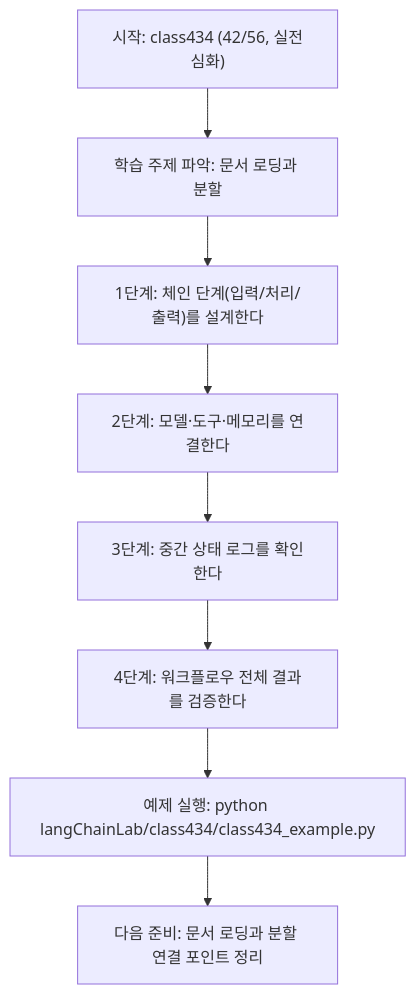
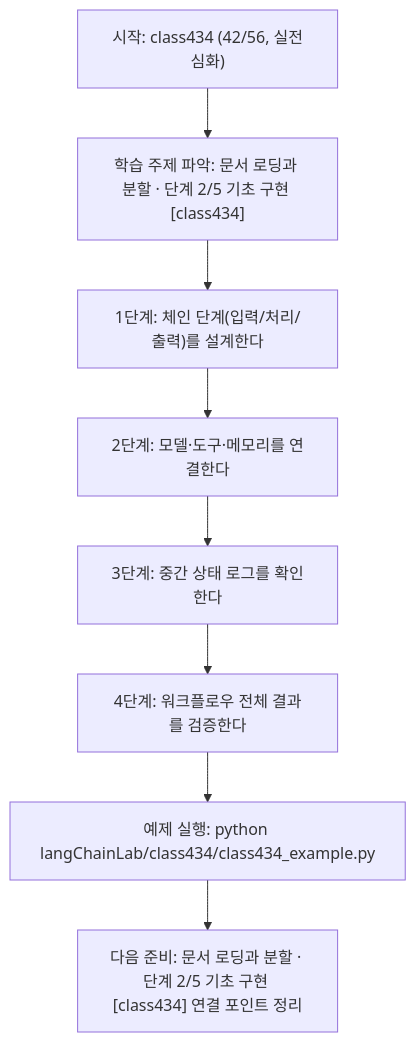
One commit to edumgt/Python-AI_Agent-Class changed the diagram in langChainLab/class434/class434.md. Above: the diagram before and after it, drawn with Mermaid. The commit also changed other lines of this file and 522 other files, not shown here.

````diff
--- a/langChainLab/class434/class434.md
+++ b/langChainLab/class434/class434.md
@@ -109,18 +110,18 @@
 ```mermaid
 flowchart TD
 N1["시작: class434 (42/56, 실전심화)"]
-N2["학습 주제 파악: 문서 로딩과 분할"]
+N2["학습 주제 파악: 문서 로딩과 분할 · 단계 2/5 기초 구현 [class434]"]
 N3["1단계: 체인 단계(입력/처리/출력)를 설계한다"]
 N4["2단계: 모델·도구·메모리를 연결한다"]
 N5["3단계: 중간 상태 로그를 확인한다"]
 N6["4단계: 워크플로우 전체 결과를 검증한다"]
 N7["예제 실행: python langChainLab/class434/class434_example.py"]
-N8["다음 준비: 문서 로딩과 분할 연결 포인트 정리"]
+N8["다음 준비: 문서 로딩과 분할 · 단계 2/5 기초 구현 [class434] 연결 포인트 정리"]
 N1 --> N2
 N2 --> N3
 N3 --> N4
 N4 --> N5
 N5 --> N6
 N6 --> N7
 N7 --> N8
 ```
````
